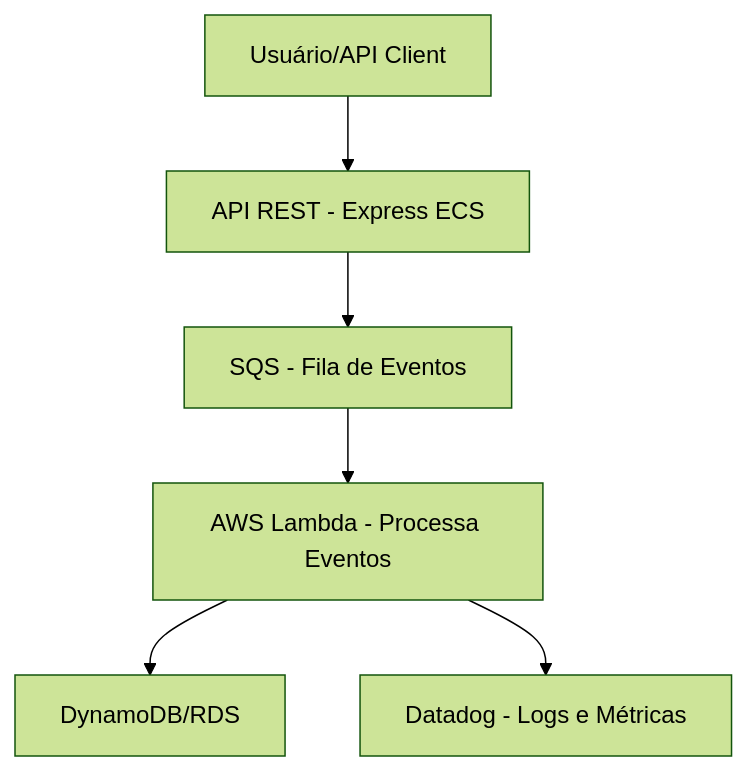
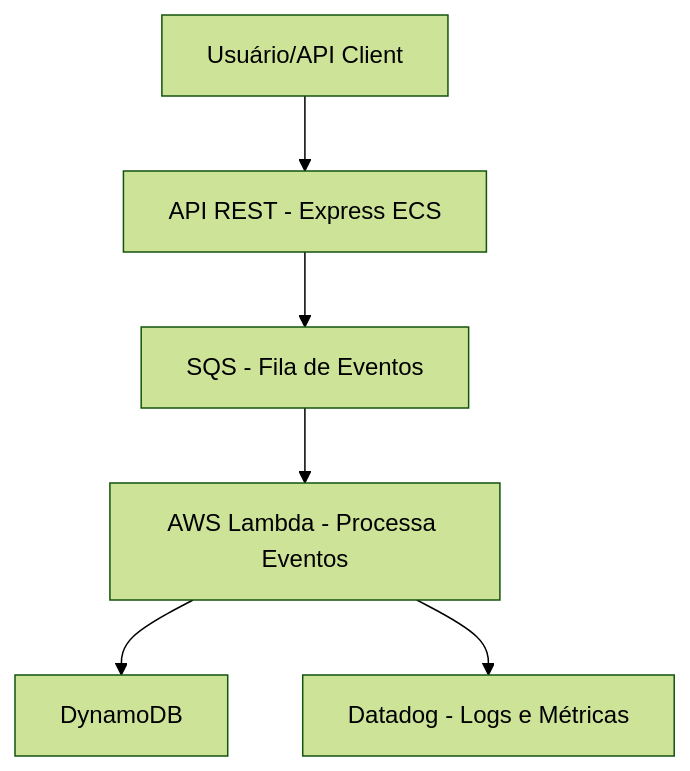
One commit to RafaelSilva-si/fleetops changed the diagram in README.md. Above: the diagram before and after it, drawn with Mermaid (forest theme).

````diff
--- a/README.md
+++ b/README.md
@@ -13,8 +13,8 @@
 ```mermaid
 graph TD
     A[Usuário/API Client] --> B[API REST - Express ECS]
     B --> C[SQS - Fila de Eventos]
     C --> D[AWS Lambda - Processa Eventos]
-    D --> E[DynamoDB/RDS]
+    D --> E[DynamoDB]
     D --> F[Datadog - Logs e Métricas]
 ```
````
